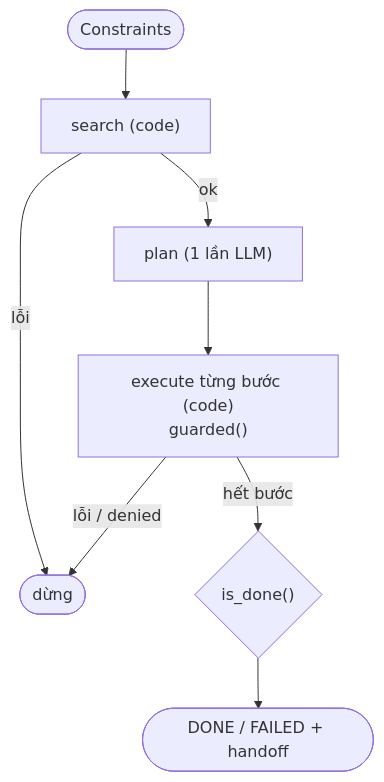
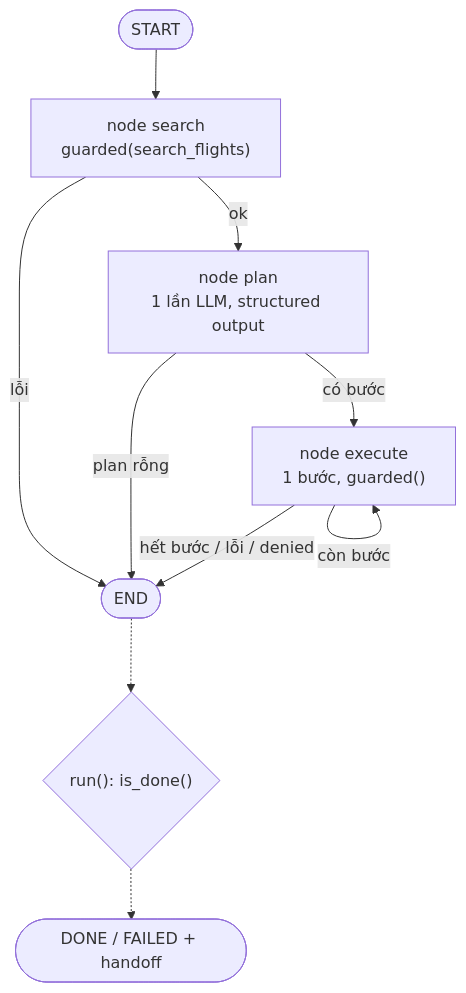
The second of 4 diagrams in BAOCAO.md (hohoangluan/btvn3-flight-booking-agent), drawn with Mermaid before and after one commit. The commit also changed other lines of this file and 4 other files, not shown here.

Commit message:
Chỉnh sửa pattern plan and excuted và hybird về code langraph

````diff
--- a/BAOCAO.md
+++ b/BAOCAO.md
@@ -162,10 +173,12 @@
 ```mermaid
 flowchart TD
-    IN(["Constraints"]) --> A["search (code)"]
-    A -->|"lỗi"| Z(["dừng"])
-    A -->|"ok"| C["plan (1 lần LLM)"]
-    C --> E["execute từng bước (code)<br/>guarded()"]
-    E -->|"lỗi / denied"| Z
-    E -->|"hết bước"| V{"is_done()"}
-    V --> O(["DONE / FAILED + handoff"])
+    S([START]) --> A["node search<br/>guarded(search_flights)"]
+    A -->|"lỗi"| E([END])
+    A -->|"ok"| C["node plan<br/>1 lần LLM, structured output"]
+    C -->|"plan rỗng"| E
+    C -->|"có bước"| X["node execute<br/>1 bước, guarded()"]
+    X -->|"còn bước"| X
+    X -->|"hết bước / lỗi / denied"| E
+    E -.-> V{"run(): is_done()"}
+    V -.-> O(["DONE / FAILED + handoff"])
 ```
````
